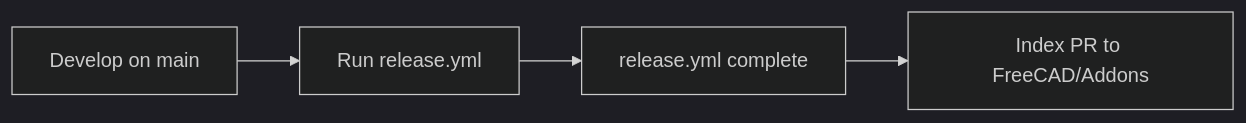
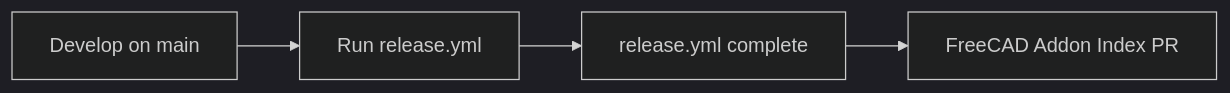
The second of 2 diagrams in MAINTAINING.md (CREATeNG/freecad-mcp-bridge), drawn with Mermaid (dark theme) before and after one commit. The commit also changed other lines of this file, not shown here.

First line of the commit message:
Clarify FreeCAD Addon Index wording in MAINTAINING.md

````diff
--- a/MAINTAINING.md
+++ b/MAINTAINING.md
@@ -97,6 +97,6 @@
 ```mermaid
 flowchart LR
   dev[Develop on main] --> dispatch[Run release.yml]
   dispatch --> shipped[release.yml complete]
-  shipped --> index[Index PR to FreeCAD/Addons]
+  shipped --> index[FreeCAD Addon Index PR]
 ```
````
